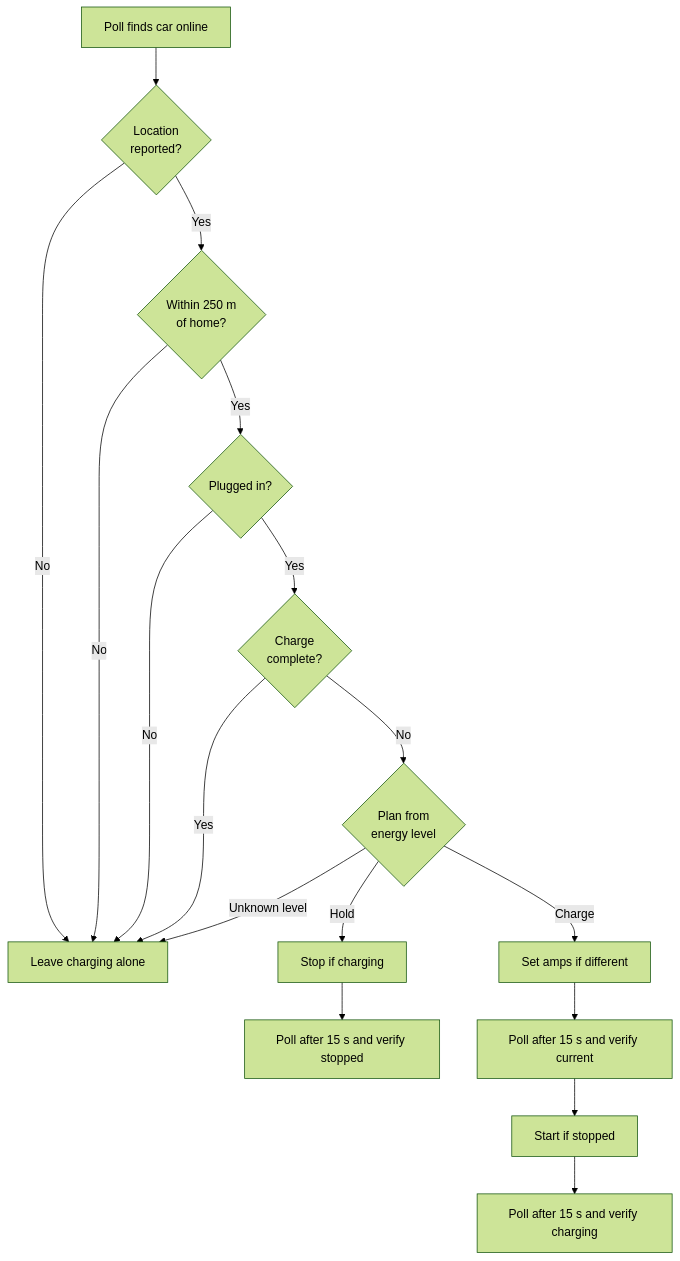
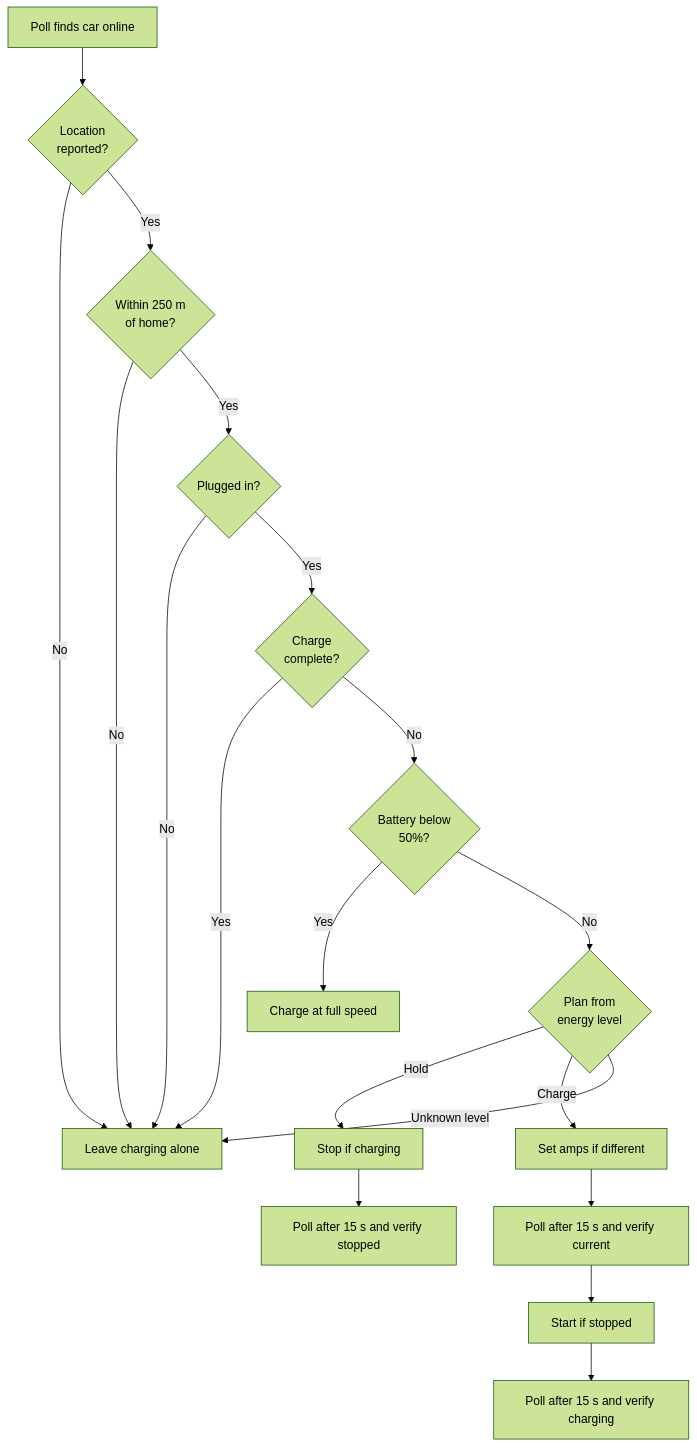
One commit to NickBorgers/home-automation changed the first of 2 diagrams in docs/flows/TESLA_ENERGY_CHARGING.md. Above: the diagram before and after it, drawn with Mermaid (forest theme). The commit also changed other lines of this file and 2 other files, not shown here.

Commit message:
Fix Tesla below-50 charging floor

````diff
--- a/docs/flows/TESLA_ENERGY_CHARGING.md
+++ b/docs/flows/TESLA_ENERGY_CHARGING.md
@@ -23,19 +28,21 @@
 ```mermaid
 flowchart TD
     Poll[Poll finds car online] --> Loc{Location<br/>reported?}
     Loc -->|No| Leave[Leave charging alone]
     Loc -->|Yes| Home{Within 250 m<br/>of home?}
     Home -->|No| Leave
     Home -->|Yes| Plug{Plugged in?}
     Plug -->|No| Leave
     Plug -->|Yes| Full{Charge<br/>complete?}
     Full -->|Yes| Leave
-    Full -->|No| Plan{Plan from<br/>energy level}
+    Full -->|No| Floor{Battery below<br/>50%?}
+    Floor -->|Yes| FullSpeed[Charge at full speed]
+    Floor -->|No| Plan{Plan from<br/>energy level}
     Plan -->|Hold| Stop[Stop if charging]
     Stop --> Verify[Poll after 15 s and verify stopped]
     Plan -->|Charge| Amps[Set amps if different]
     Amps --> VerifyCharge[Poll after 15 s and verify current]
     VerifyCharge --> Start[Start if stopped]
     Start --> VerifyStart[Poll after 15 s and verify charging]
     Plan -->|Unknown level| Leave
 ```
````
